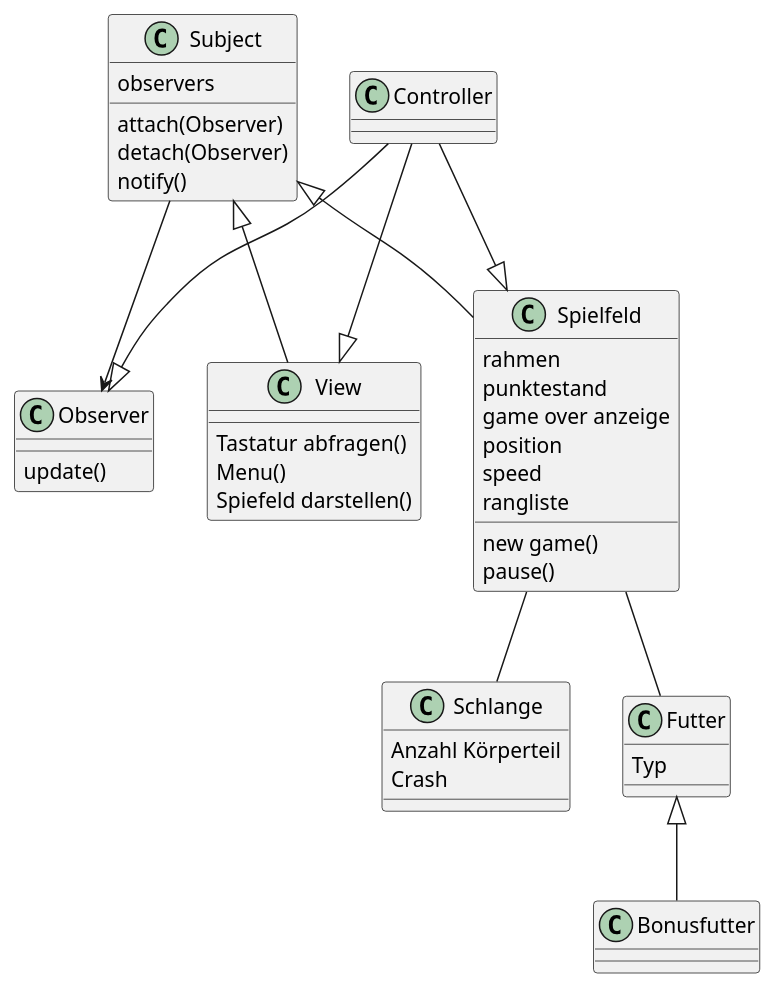
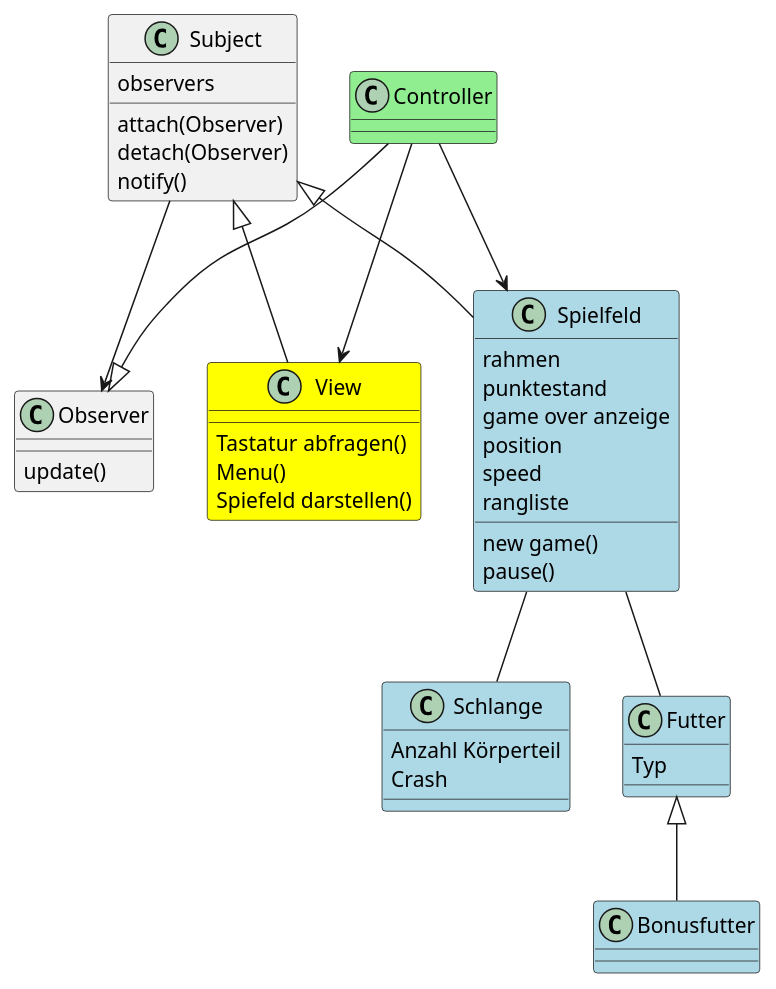
Before and after one commit to PFOTeko/Projektarbeit: the diagram in Klasse.puml, drawn with PlantUML.

Commit message:
update Klassendiagramm

```diff
--- a/Klasse.puml
+++ b/Klasse.puml
@@ -1,59 +1,59 @@
 @startuml
 
 class Subject {
     observers
     attach(Observer)
     detach(Observer)
     notify()
 }
 
 class Observer {
     update()
 }
 
-class View{
+class View #yellow{
 
 
 Tastatur abfragen()
 Menu()
 Spiefeld darstellen()
 
 }
 
-class Controller{
+class Controller #lightgreen{
 
 }
 
-class Schlange{
+class Schlange #lightblue{
 Anzahl Körperteil
 Crash
 }
 
-class Futter{
+class Futter #lightblue{
 Typ
 }
 
-class Bonusfutter{
+class Bonusfutter #lightblue{
 }
 
-class Spielfeld{
+class Spielfeld #lightblue{
 rahmen
 new game()
 pause()
 punktestand
 game over anzeige
 position
 speed
 rangliste
 }
 
 Spielfeld -- Schlange
 Spielfeld -- Futter
 Futter <|-- Bonusfutter
 Subject <|-- Spielfeld
 Subject --> Observer
 Subject <|-- View
 Controller --|> Observer
-Controller --|> View
-Controller --|> Spielfeld
+Controller --> View
+Controller --> Spielfeld
 @enduml
```
